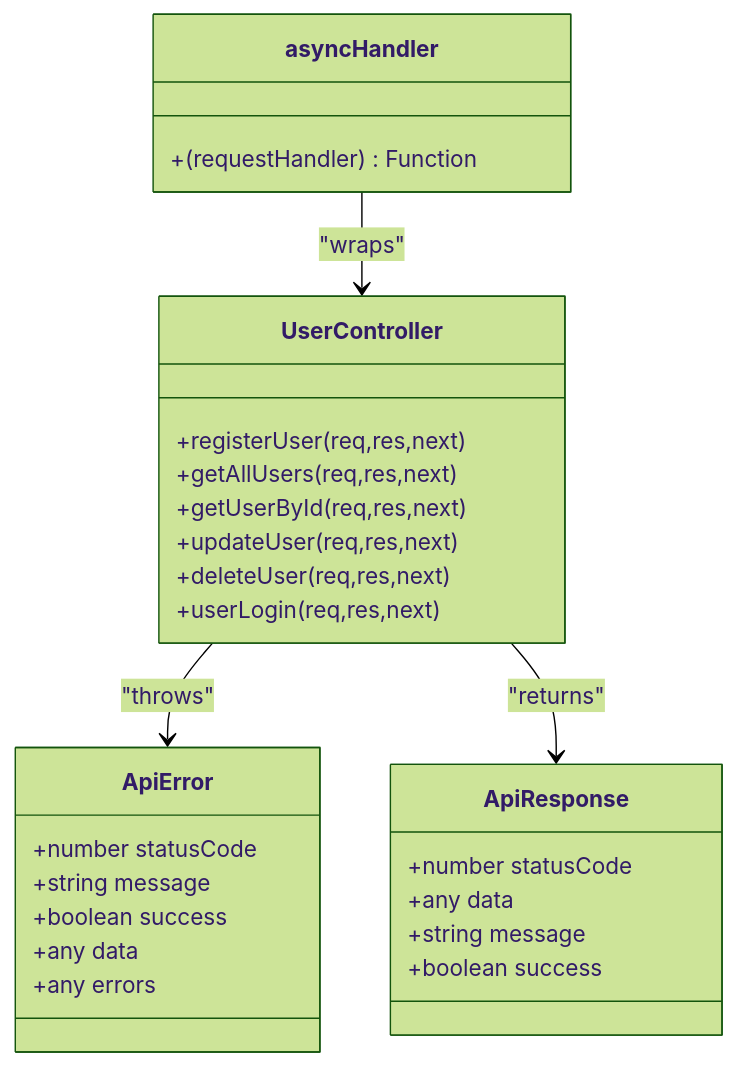
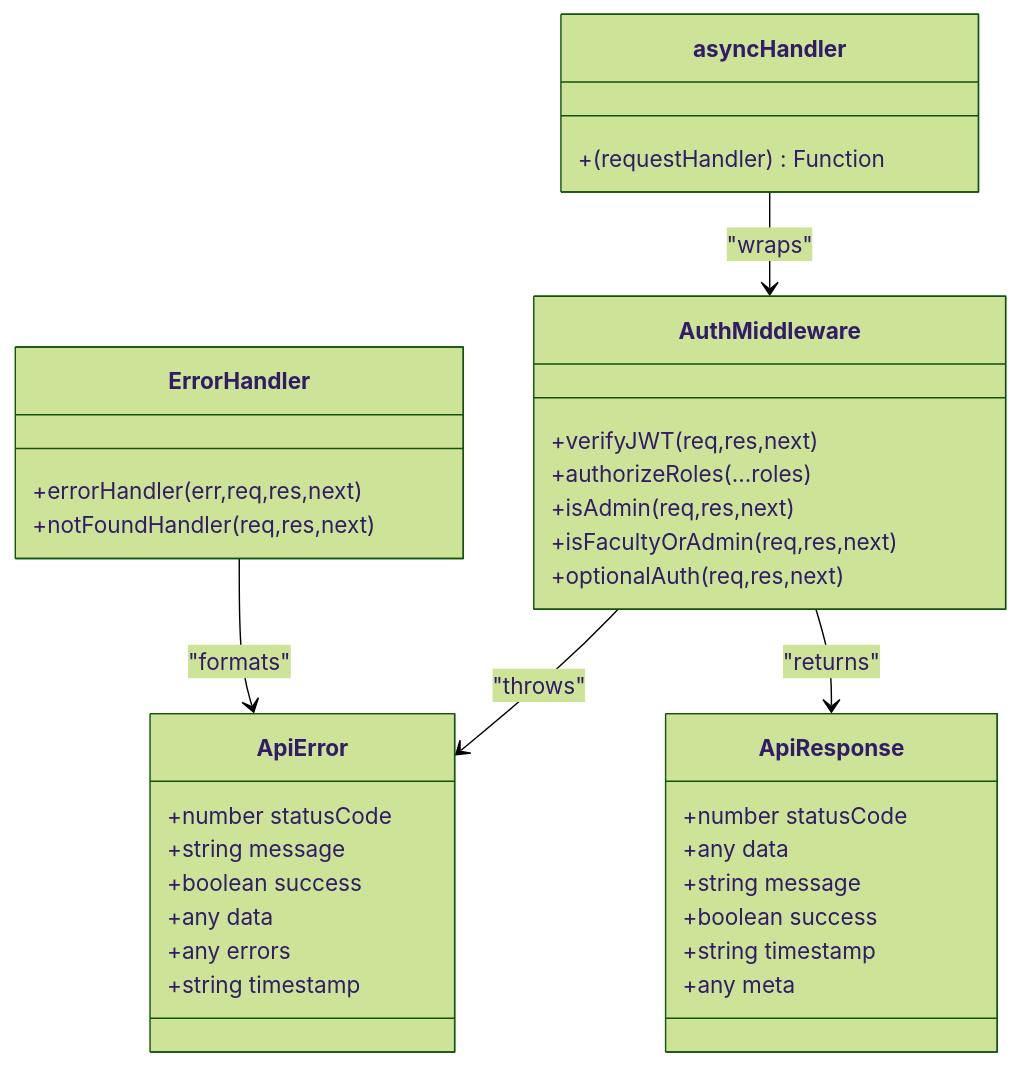
The ninth of 10 diagrams in .qoder/repowiki/en/content/Backend Architecture/Server Setup & Configuration.md (Aryan9060/Timetable-Project), drawn with Mermaid (forest theme) before and after one commit. The commit also changed other lines of this file and 15 other files, not shown here.

````diff
--- a/.qoder/repowiki/en/content/Backend Architecture/Server Setup & Configuration.md
+++ b/.qoder/repowiki/en/content/Backend Architecture/Server Setup & Configuration.md
@@ -257,30 +362,37 @@
 ```mermaid
 classDiagram
 class ApiError {
 +number statusCode
 +string message
 +boolean success
 +any data
 +any errors
++string timestamp
 }
 class ApiResponse {
 +number statusCode
 +any data
 +string message
 +boolean success
++string timestamp
++any meta
 }
 class asyncHandler {
 +(requestHandler) Function
 }
-class UserController {
-+registerUser(req,res,next)
-+getAllUsers(req,res,next)
-+getUserById(req,res,next)
-+updateUser(req,res,next)
-+deleteUser(req,res,next)
-+userLogin(req,res,next)
+class AuthMiddleware {
++verifyJWT(req,res,next)
++authorizeRoles(...roles)
++isAdmin(req,res,next)
++isFacultyOrAdmin(req,res,next)
++optionalAuth(req,res,next)
 }
-UserController --> ApiError : "throws"
-UserController --> ApiResponse : "returns"
-asyncHandler --> UserController : "wraps"
+class ErrorHandler {
++errorHandler(err,req,res,next)
++notFoundHandler(req,res,next)
+}
+AuthMiddleware --> ApiError : "throws"
+AuthMiddleware --> ApiResponse : "returns"
+ErrorHandler --> ApiError : "formats"
+asyncHandler --> AuthMiddleware : "wraps"
 ```
````
